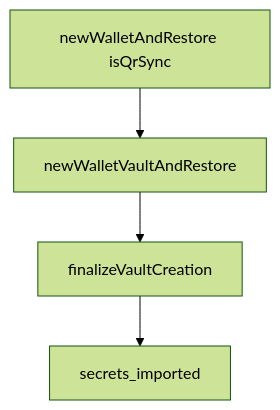
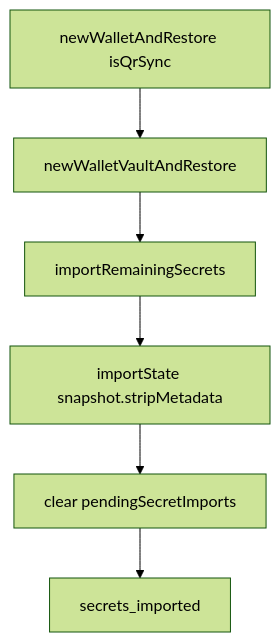
Before and after one commit to MetaMask/metamask-mobile: the third of 4 diagrams in docs/qr-sync/provisioning-technical.md, drawn with Mermaid (forest theme). The commit also changed other lines of this file and 1 other file, not shown here.

Commit message:
docs: re-update docs with the refactored 2-steps flow

````diff
--- a/docs/qr-sync/provisioning-technical.md
+++ b/docs/qr-sync/provisioning-technical.md
@@ -191,6 +192,8 @@
 ```mermaid
 flowchart TD
     A[newWalletAndRestore isQrSync] --> B[newWalletVaultAndRestore]
-    B --> C[finalizeVaultCreation]
-    C --> D[secrets_imported]
+    B --> C[importRemainingSecrets]
+    C --> D[importState snapshot.stripMetadata]
+    D --> E[clear pendingSecretImports]
+    E --> F[secrets_imported]
 ```
````
